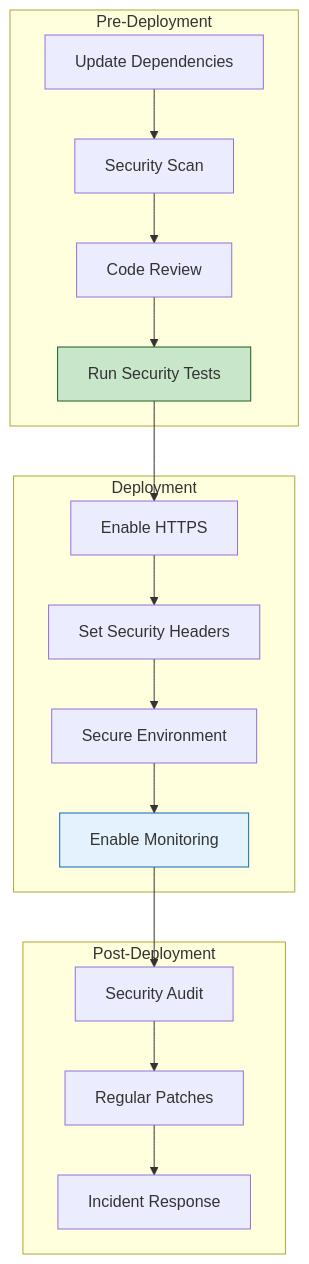
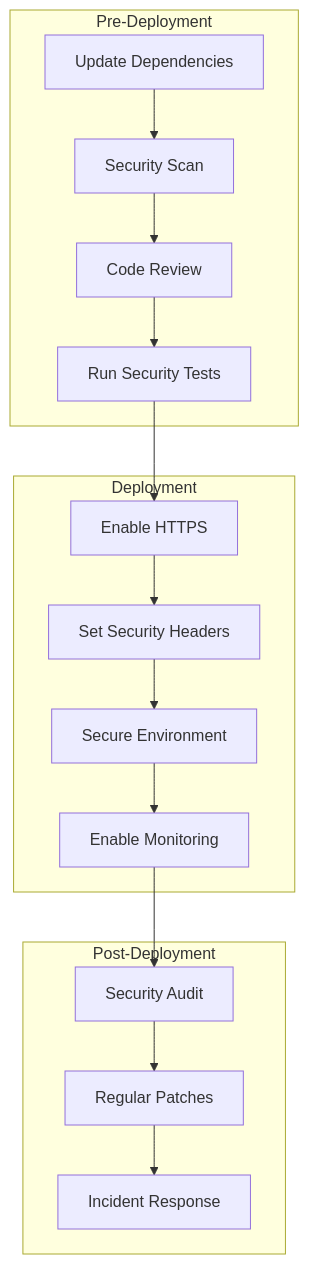
Diagram 14 of 14 in docs/architecture/security.md (o2alexanderfedin/angular-cas-disot), drawn with Mermaid before and after one commit. The commit also changed other lines of this file and 18 other files, not shown here.

````diff
--- a/docs/architecture/security.md
+++ b/docs/architecture/security.md
@@ -444,36 +435,36 @@
 ```mermaid
 graph TD
     subgraph "Pre-Deployment"
         DEPS[Update Dependencies]
         SCAN[Security Scan]
         REVIEW[Code Review]
         TEST[Run Security Tests]
     end
     
     subgraph "Deployment"
         HTTPS_D[Enable HTTPS]
         HEADERS[Set Security Headers]
         ENV[Secure Environment]
         MONITOR[Enable Monitoring]
     end
     
     subgraph "Post-Deployment"
         AUDIT_P[Security Audit]
         PATCH[Regular Patches]
         INCIDENT[Incident Response]
     end
     
     DEPS --> SCAN
     SCAN --> REVIEW
     REVIEW --> TEST
     TEST --> HTTPS_D
     HTTPS_D --> HEADERS
     HEADERS --> ENV
     ENV --> MONITOR
     MONITOR --> AUDIT_P
     AUDIT_P --> PATCH
     PATCH --> INCIDENT
     
-    style TEST fill:#c8e6c9,stroke:#1b5e20
-    style MONITOR fill:#e3f2fd,stroke:#1565c0
+    
+    
 ```
````
